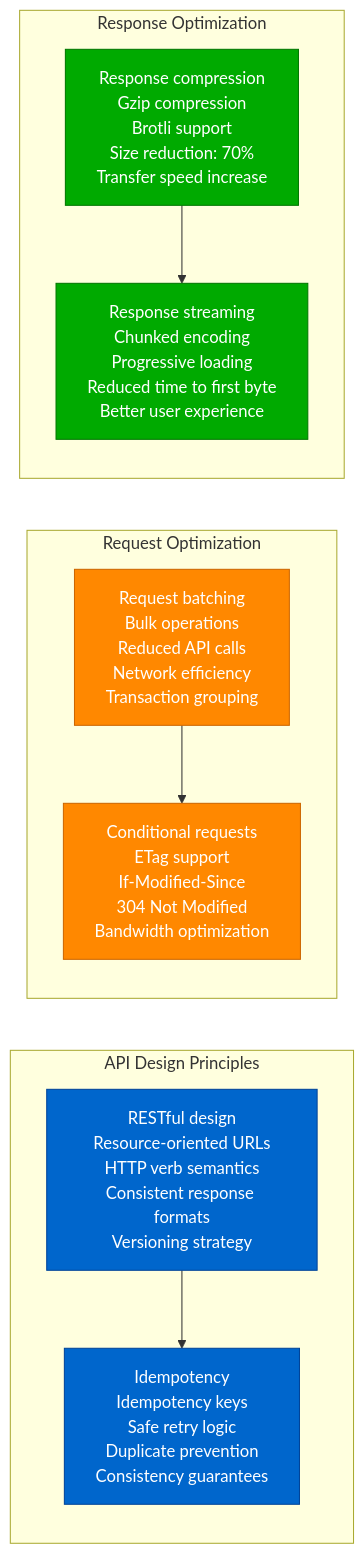
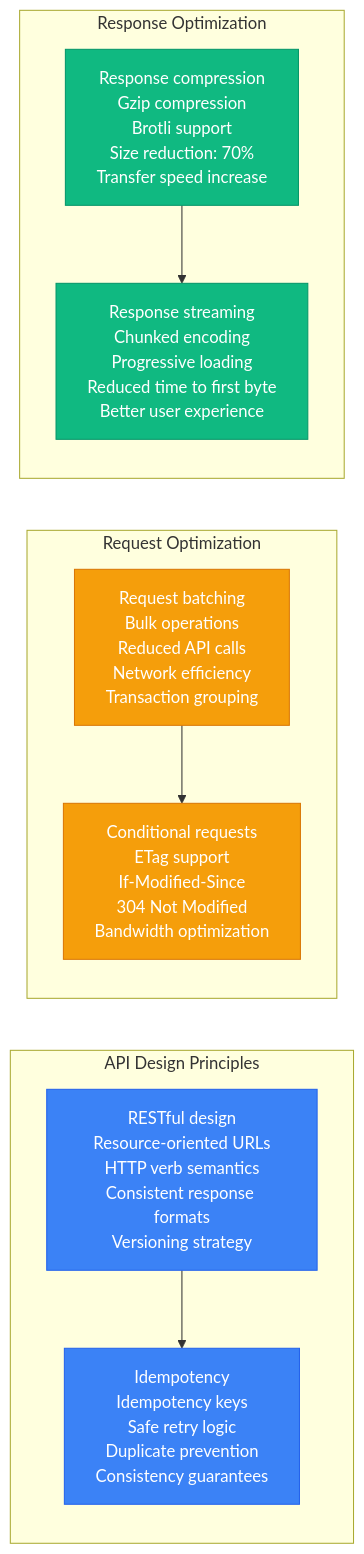
One commit to deepaucksharma/DS changed the tenth of 11 diagrams in site/docs/performance/rest-api-performance-profile.md. Above: the diagram before and after it, drawn with Mermaid. The commit also changed other lines of this file and 303 other files, not shown here.

````diff
--- a/site/docs/performance/rest-api-performance-profile.md
+++ b/site/docs/performance/rest-api-performance-profile.md
@@ -398,34 +398,34 @@
 ```mermaid
 graph LR
     subgraph "API Design Principles"
         DESIGN1[RESTful design<br/>Resource-oriented URLs<br/>HTTP verb semantics<br/>Consistent response formats<br/>Versioning strategy]
 
         DESIGN2[Idempotency<br/>Idempotency keys<br/>Safe retry logic<br/>Duplicate prevention<br/>Consistency guarantees]
 
         DESIGN1 --> DESIGN2
     end
 
     subgraph "Request Optimization"
         REQ_OPT1[Request batching<br/>Bulk operations<br/>Reduced API calls<br/>Network efficiency<br/>Transaction grouping]
 
         REQ_OPT2[Conditional requests<br/>ETag support<br/>If-Modified-Since<br/>304 Not Modified<br/>Bandwidth optimization]
 
         REQ_OPT1 --> REQ_OPT2
     end
 
     subgraph "Response Optimization"
         RESP_OPT1[Response compression<br/>Gzip compression<br/>Brotli support<br/>Size reduction: 70%<br/>Transfer speed increase]
 
         RESP_OPT2[Response streaming<br/>Chunked encoding<br/>Progressive loading<br/>Reduced time to first byte<br/>Better user experience]
 
         RESP_OPT1 --> RESP_OPT2
     end
 
-    classDef designStyle fill:#0066CC,stroke:#004499,color:#fff
-    classDef reqOptStyle fill:#FF8800,stroke:#CC6600,color:#fff
-    classDef respOptStyle fill:#00AA00,stroke:#007700,color:#fff
+    classDef designStyle fill:#3B82F6,stroke:#2563EB,color:#fff
+    classDef reqOptStyle fill:#F59E0B,stroke:#D97706,color:#fff
+    classDef respOptStyle fill:#10B981,stroke:#059669,color:#fff
 
     class DESIGN1,DESIGN2 designStyle
     class REQ_OPT1,REQ_OPT2 reqOptStyle
     class RESP_OPT1,RESP_OPT2 respOptStyle
 ```
````
